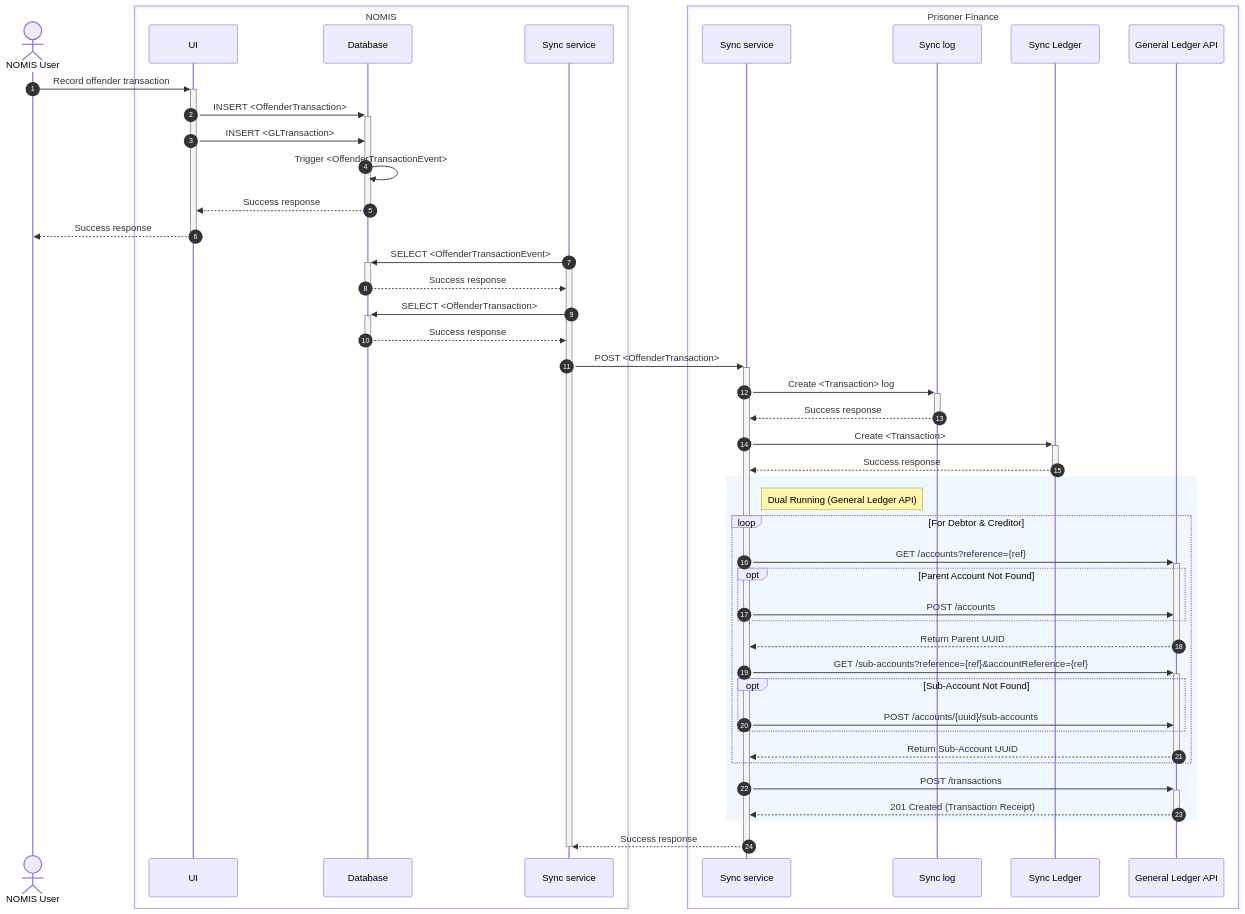
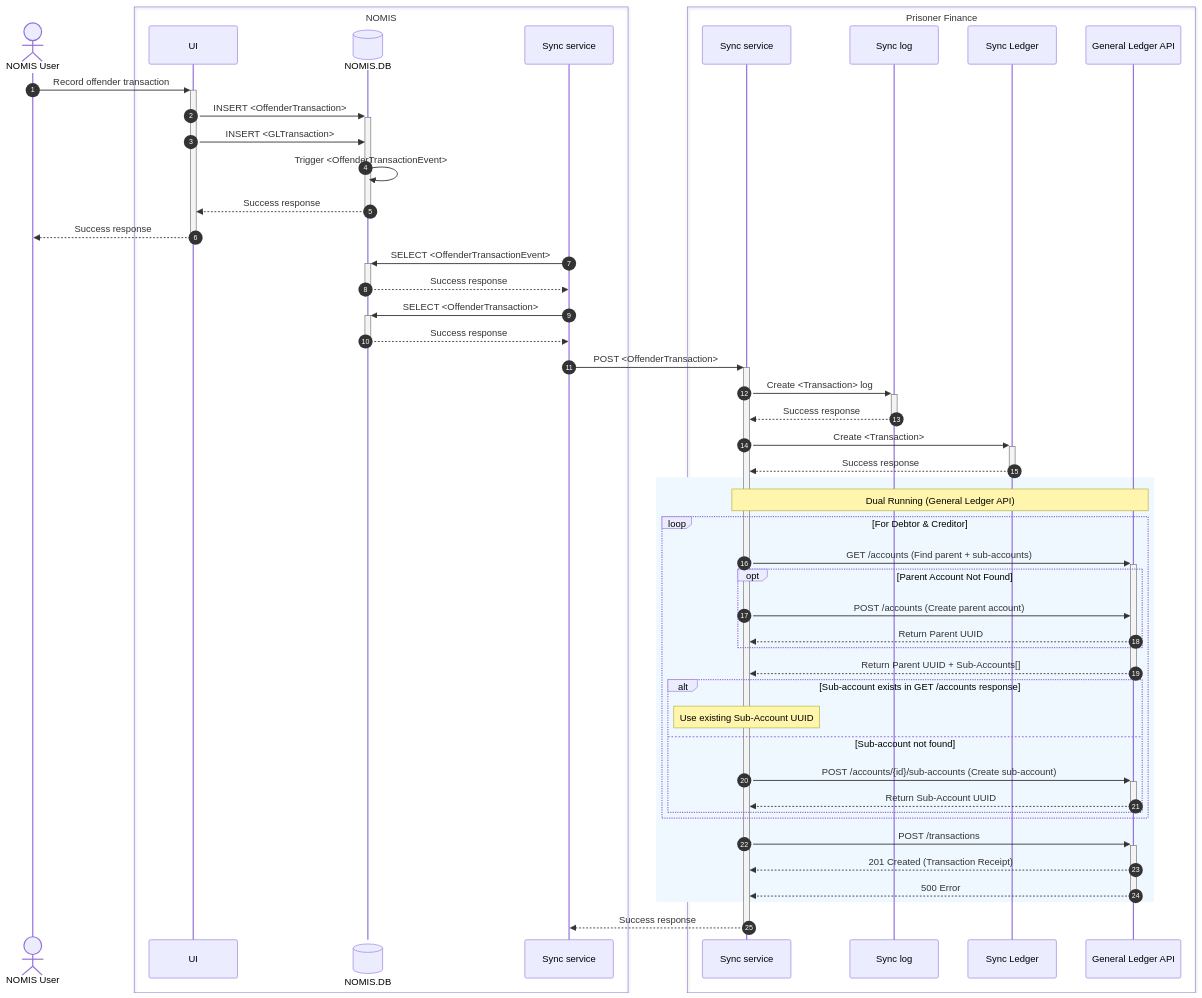
The third of 6 diagrams in docs/architecture/docs/sync-processes.md (ministryofjustice/hmpps-prisoner-finance-sync-api), drawn with Mermaid before and after one commit.

Commit message:
Update sequence diagram to improve logic

````diff
--- a/docs/architecture/docs/sync-processes.md
+++ b/docs/architecture/docs/sync-processes.md
@@ -133,57 +133,68 @@
 ```mermaid
 sequenceDiagram
     actor user as NOMIS User
+
     box NOMIS
         participant NOMIS.UI as UI
-        participant NOMIS.DB as Database
+        participant NOMIS.DB@{ "type" : "database" }
         participant NOMIS.sync as Sync service
     end
+
     box Prisoner Finance
         participant PF.sync as Sync service
         participant PF.log as Sync log
         participant PF.ledger as Sync Ledger
         participant PF.newGL as General Ledger API
     end
 
     autonumber
 
     user ->>+ NOMIS.UI: Record offender transaction
     NOMIS.UI ->>+ NOMIS.DB: INSERT <OffenderTransaction>
     NOMIS.UI ->> NOMIS.DB: INSERT <GLTransaction>
     NOMIS.DB ->> NOMIS.DB: Trigger <OffenderTransactionEvent>
     NOMIS.DB -->>- NOMIS.UI: Success response
     NOMIS.UI -->>- user: Success response
+
     NOMIS.sync ->>+ NOMIS.DB: SELECT <OffenderTransactionEvent>
-    activate NOMIS.sync
     NOMIS.DB -->>- NOMIS.sync: Success response
+
     NOMIS.sync ->>+ NOMIS.DB: SELECT <OffenderTransaction>
     NOMIS.DB -->>- NOMIS.sync: Success response
+
     NOMIS.sync ->>+ PF.sync: POST <OffenderTransaction>
+
     PF.sync ->>+ PF.log: Create <Transaction> log
     PF.log -->>- PF.sync: Success response
+
     PF.sync ->>+ PF.ledger: Create <Transaction>
     PF.ledger -->>- PF.sync: Success response
+
     rect rgb(240, 248, 255)
-        note right of PF.sync: Dual Running (General Ledger API)
+        note over PF.sync,PF.newGL: Dual Running (General Ledger API)
 
         loop For Debtor & Creditor
-            PF.sync ->>+ PF.newGL: GET /accounts?reference={ref}
+            PF.sync ->>+ PF.newGL: GET /accounts (Find parent + sub-accounts)
+
             opt Parent Account Not Found
-                PF.sync ->> PF.newGL: POST /accounts
+                PF.sync ->> PF.newGL: POST /accounts (Create parent account)
+                PF.newGL -->> PF.sync: Return Parent UUID
             end
-            PF.newGL -->>- PF.sync: Return Parent UUID
 
-            PF.sync ->>+ PF.newGL: GET /sub-accounts?reference={ref}&accountReference={ref}
-            opt Sub-Account Not Found
-                PF.sync ->> PF.newGL: POST /accounts/{uuid}/sub-accounts
+            PF.newGL -->>- PF.sync: Return Parent UUID + Sub-Accounts[]
+
+            alt Sub-account exists in GET /accounts response
+                Note over PF.sync: Use existing Sub-Account UUID
+            else Sub-account not found
+                PF.sync ->>+ PF.newGL: POST /accounts/{id}/sub-accounts (Create sub-account)
+                PF.newGL -->>- PF.sync: Return Sub-Account UUID
             end
-            PF.newGL -->>- PF.sync: Return Sub-Account UUID
         end
 
         PF.sync ->>+ PF.newGL: POST /transactions
-        PF.newGL -->>- PF.sync: 201 Created (Transaction Receipt)
+        PF.newGL -->> PF.sync: 201 Created (Transaction Receipt)
+        PF.newGL -->>- PF.sync: 500 Error
     end
 
     PF.sync -->>- NOMIS.sync: Success response
-    deactivate NOMIS.sync
 ```
````
